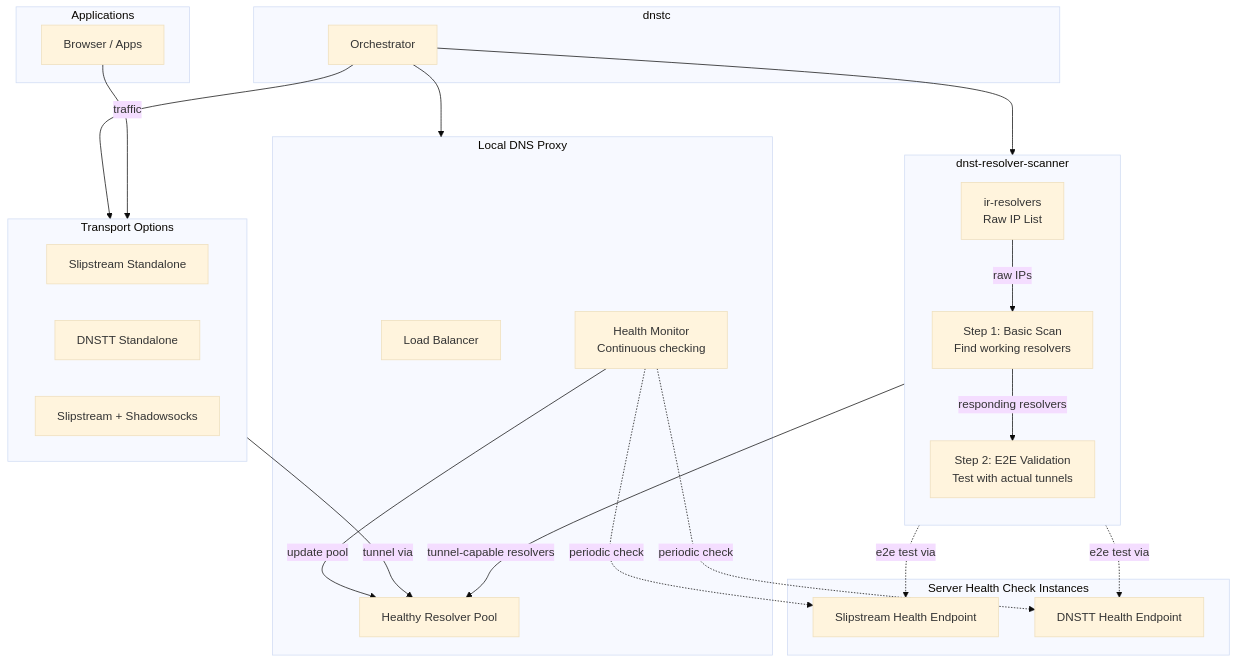
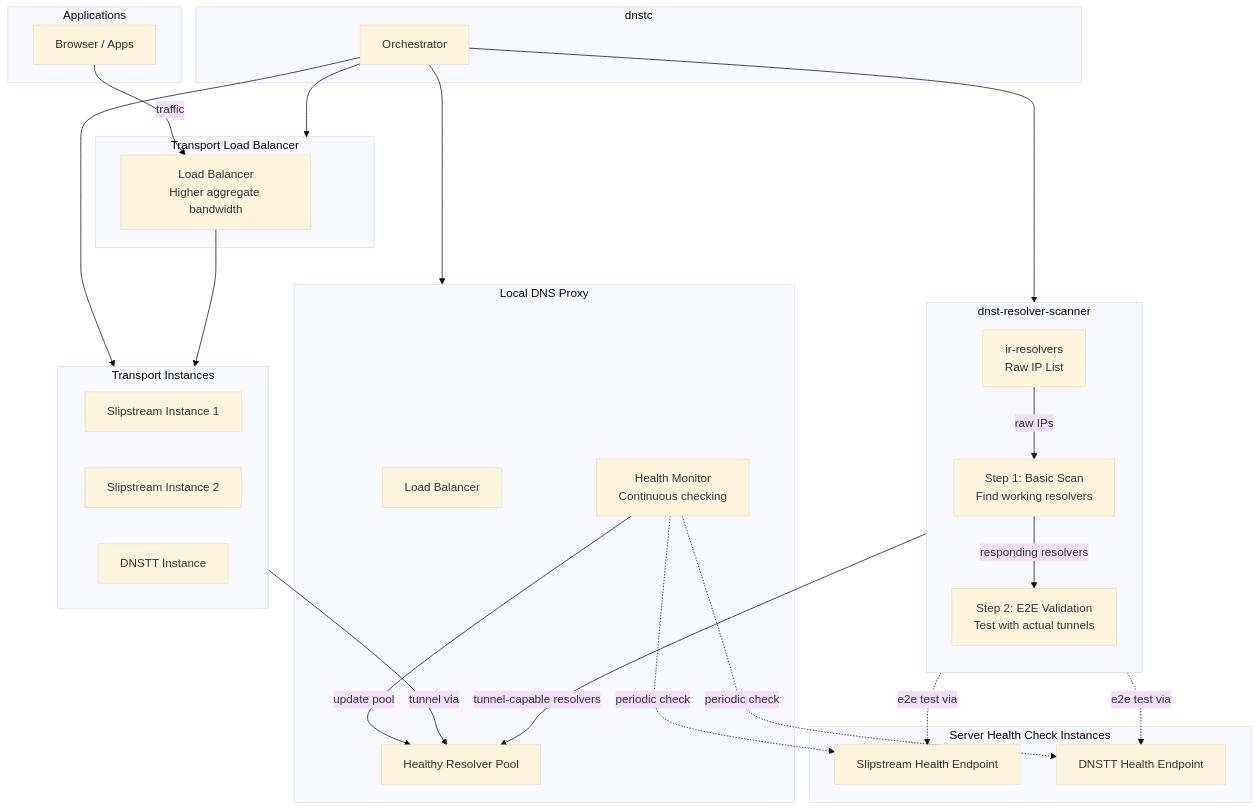
One commit to net2share/.github changed the second of 3 diagrams in profile/README.md. Above: the diagram before and after it, drawn with Mermaid (base theme). The commit also changed other lines of this file, not shown here.

Commit message:
docs: add multi-instance transport support to dnstc
- Add load balancing across multiple transport instances for higher bandwidth
- Update client-side architecture diagram with transport load balancer

````diff
--- a/profile/README.md
+++ b/profile/README.md
@@ -193,48 +194,54 @@
 ```mermaid
 flowchart TB
     subgraph scanner["dnst-resolver-scanner"]
         direction TB
         A[ir-resolvers<br/>Raw IP List]
         S1[Step 1: Basic Scan<br/>Find working resolvers]
         S2[Step 2: E2E Validation<br/>Test with actual tunnels]
     end
 
     subgraph dns_proxy["Local DNS Proxy"]
         C[Load Balancer]
         D[Healthy Resolver Pool]
         MON[Health Monitor<br/>Continuous checking]
     end
 
     subgraph client["dnstc"]
         E[Orchestrator]
     end
 
-    subgraph transports["Transport Options"]
-        F[Slipstream Standalone]
-        G[DNSTT Standalone]
-        H[Slipstream + Shadowsocks]
+    subgraph transport_proxy["Transport Load Balancer"]
+        TLB[Load Balancer<br/>Higher aggregate bandwidth]
+    end
+
+    subgraph transports["Transport Instances"]
+        T1[Slipstream Instance 1]
+        T2[Slipstream Instance 2]
+        T3[DNSTT Instance]
     end
 
     subgraph apps["Applications"]
         I[Browser / Apps]
     end
 
     subgraph remote["Server Health Check Instances"]
         R1[Slipstream Health Endpoint]
         R2[DNSTT Health Endpoint]
     end
 
     A -->|raw IPs| S1
     S1 -->|responding resolvers| S2
     S2 -->|tunnel-capable resolvers| D
     S2 -.->|e2e test via| R1
     S2 -.->|e2e test via| R2
     MON -->|update pool| D
     MON -.->|periodic check| R1
     MON -.->|periodic check| R2
     E --> scanner
     E --> dns_proxy
+    E --> transport_proxy
     E --> transports
+    I -->|traffic| TLB
+    TLB --> transports
     transports -->|tunnel via| D
-    I -->|traffic| transports
 ```
````
